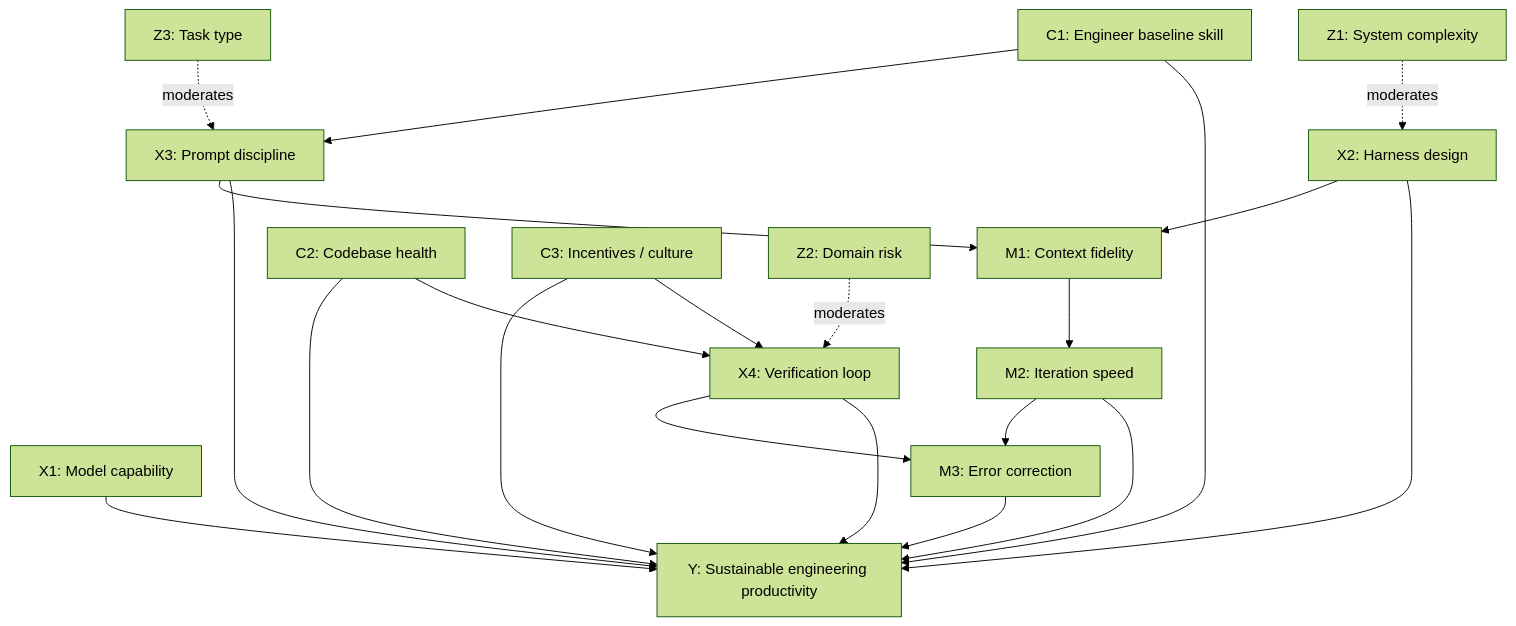
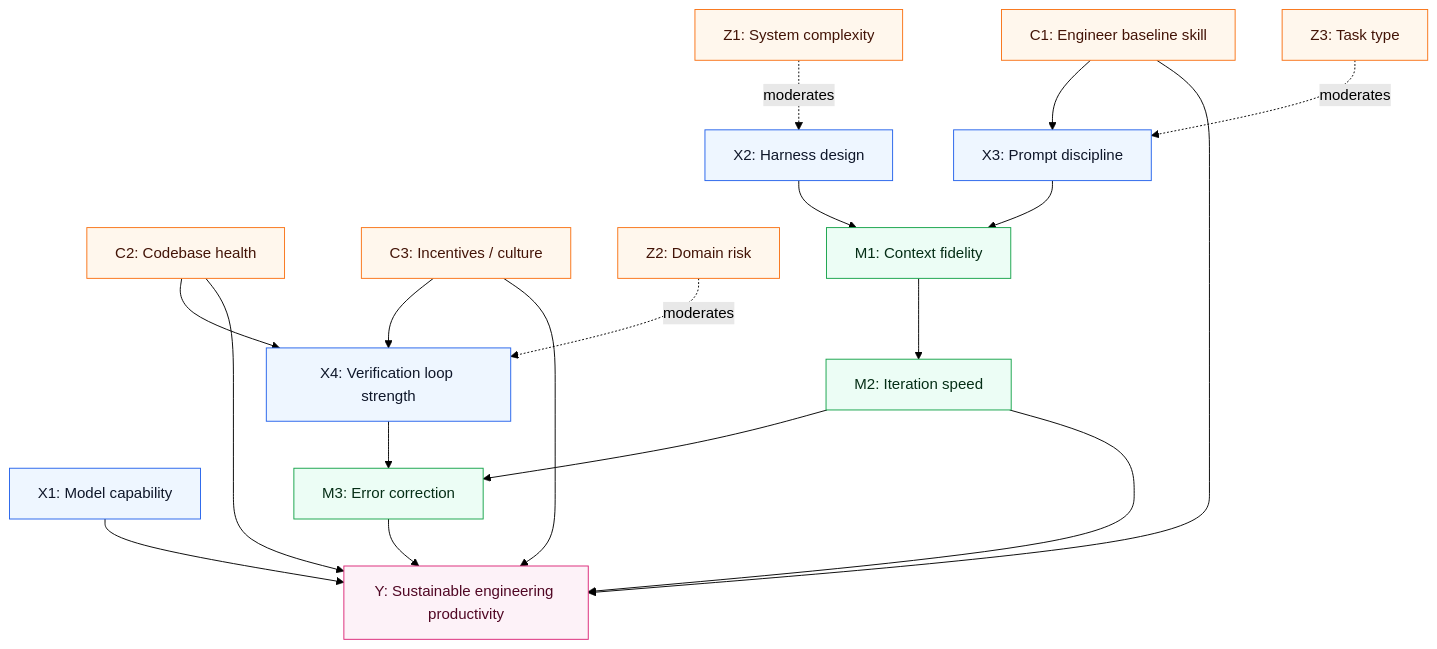
The first of 3 diagrams in docs/blog/posts/ai-coding-assistants-a-causal-framework.md (5Reasons/5reasons.github.io), drawn with Mermaid (forest theme) before and after one commit. The commit also changed other lines of this file and 14 other files, not shown here.

First line of the commit message:
Refactor diagrams and improve clarity in blog posts and case studies

````diff
--- a/docs/blog/posts/ai-coding-assistants-a-causal-framework.md
+++ b/docs/blog/posts/ai-coding-assistants-a-causal-framework.md
@@ -72,29 +72,53 @@
 ```mermaid
-graph TD;
-  Y["Y: Sustainable engineering productivity"];
+flowchart TB
+  %% Inputs
+  X1["X1: Model capability"]:::i
+  X2["X2: Harness design"]:::i
+  X3["X3: Prompt discipline"]:::i
+  X4["X4: Verification loop strength"]:::i
 
-  X1["X1: Model capability"] --> Y;
-  X2["X2: Harness design"] --> Y;
-  X3["X3: Prompt discipline"] --> Y;
-  X4["X4: Verification loop"] --> Y;
+  C1["C1: Engineer baseline skill"]:::r
+  C2["C2: Codebase health"]:::r
+  C3["C3: Incentives / culture"]:::r
 
-  X2 --> M1["M1: Context fidelity"];
-  X3 --> M1;
-  M1 --> M2["M2: Iteration speed"];
-  M2 --> Y;
+  Z1["Z1: System complexity"]:::r
+  Z2["Z2: Domain risk"]:::r
+  Z3["Z3: Task type"]:::r
 
-  X4 --> M3["M3: Error correction"];
-  M3 --> Y;
-  M2 --> M3;
+  %% Mediators / mechanisms
+  M1["M1: Context fidelity"]:::p
+  M2["M2: Iteration speed"]:::p
+  M3["M3: Error correction"]:::p
 
-  C1["C1: Engineer baseline skill"] --> Y;
-  C1 --> X3;
-  C2["C2: Codebase health"] --> X4;
-  C2 --> Y;
-  C3["C3: Incentives / culture"] --> X4;
-  C3 --> Y;
+  %% Outcome
+  Y["Y: Sustainable engineering productivity"]:::o
 
-  Z1["Z1: System complexity"] -. moderates .-> X2;
-  Z2["Z2: Domain risk"] -. moderates .-> X4;
-  Z3["Z3: Task type"] -. moderates .-> X3;
+  %% Structural links
+  X2 --> M1
+  X3 --> M1
+  M1 --> M2
+
+  X4 --> M3
+  M2 --> M3
+
+  X1 --> Y
+  M2 --> Y
+  M3 --> Y
+
+  C1 --> X3
+  C1 --> Y
+  C2 --> X4
+  C2 --> Y
+  C3 --> X4
+  C3 --> Y
+
+  Z1 -. moderates .-> X2
+  Z2 -. moderates .-> X4
+  Z3 -. moderates .-> X3
+
+  %% brModel styles
+  classDef i fill:#eef6ff,stroke:#2563eb,stroke-width:1px,color:#0f172a;
+  classDef p fill:#ecfdf5,stroke:#16a34a,stroke-width:1px,color:#052e16;
+  classDef r fill:#fff7ed,stroke:#f97316,stroke-width:1px,color:#431407;
+  classDef o fill:#fdf2f8,stroke:#db2777,stroke-width:1px,color:#500724;
 ```
````
